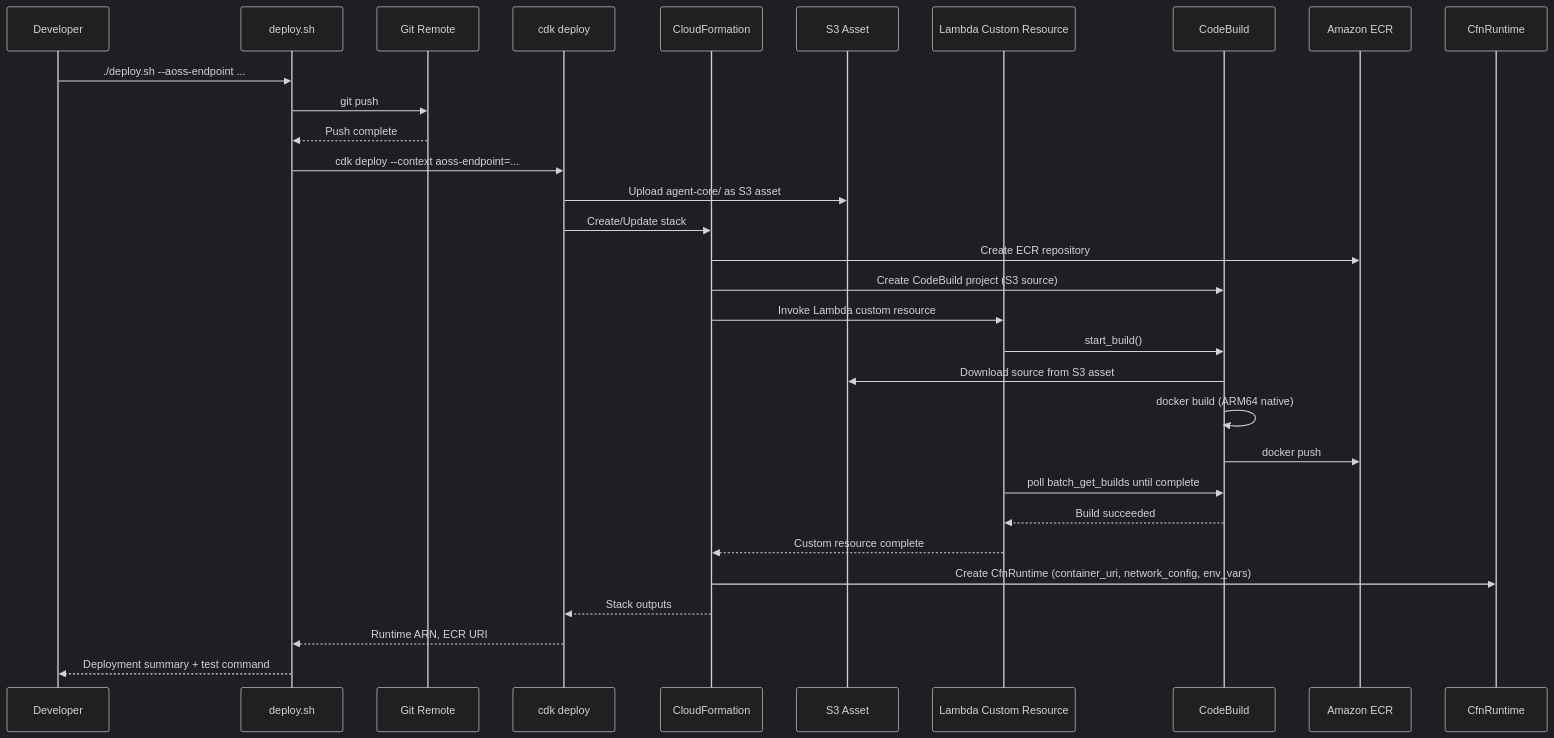
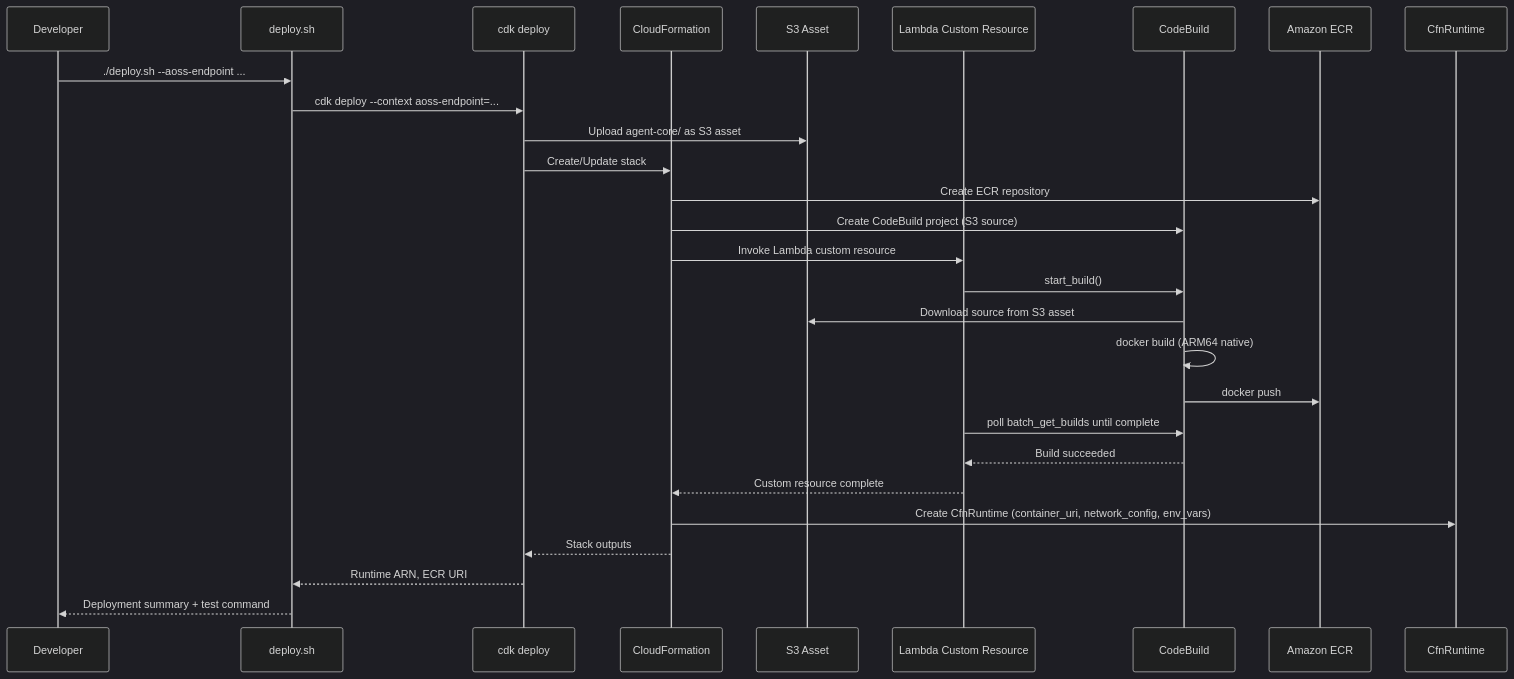
One commit to aws-solutions-library-samples/guidance-for-personalized-ecommerce-recommendations-using-amazon-bedrock-agents changed the second of 2 diagrams in .kiro/specs/agentcore-sales-agent/design.md. Above: the diagram before and after it, drawn with Mermaid (dark theme). The commit also changed other lines of this file and 2 other files, not shown here.

First line of the commit message:
refactor(spec): remove git push from deploy flow, add update_agent_runtime docs

````diff
--- a/.kiro/specs/agentcore-sales-agent/design.md
+++ b/.kiro/specs/agentcore-sales-agent/design.md
@@ -79,34 +79,31 @@
 ```mermaid
 sequenceDiagram
     participant Dev as Developer
     participant DS as deploy.sh
-    participant Git as Git Remote
     participant CDK as cdk deploy
     participant CF as CloudFormation
     participant S3 as S3 Asset
     participant LCR as Lambda Custom Resource
     participant CB as CodeBuild
     participant ECR as Amazon ECR
     participant AC as CfnRuntime
 
     Dev->>DS: ./deploy.sh --aoss-endpoint ...
-    DS->>Git: git push
-    Git-->>DS: Push complete
     DS->>CDK: cdk deploy --context aoss-endpoint=...
     CDK->>S3: Upload agent-core/ as S3 asset
     CDK->>CF: Create/Update stack
     CF->>ECR: Create ECR repository
     CF->>CB: Create CodeBuild project (S3 source)
     CF->>LCR: Invoke Lambda custom resource
     LCR->>CB: start_build()
     CB->>S3: Download source from S3 asset
     CB->>CB: docker build (ARM64 native)
     CB->>ECR: docker push
     LCR->>CB: poll batch_get_builds until complete
     CB-->>LCR: Build succeeded
     LCR-->>CF: Custom resource complete
     CF->>AC: Create CfnRuntime (container_uri, network_config, env_vars)
     CF-->>CDK: Stack outputs
     CDK-->>DS: Runtime ARN, ECR URI
     DS-->>Dev: Deployment summary + test command
 ```
````
